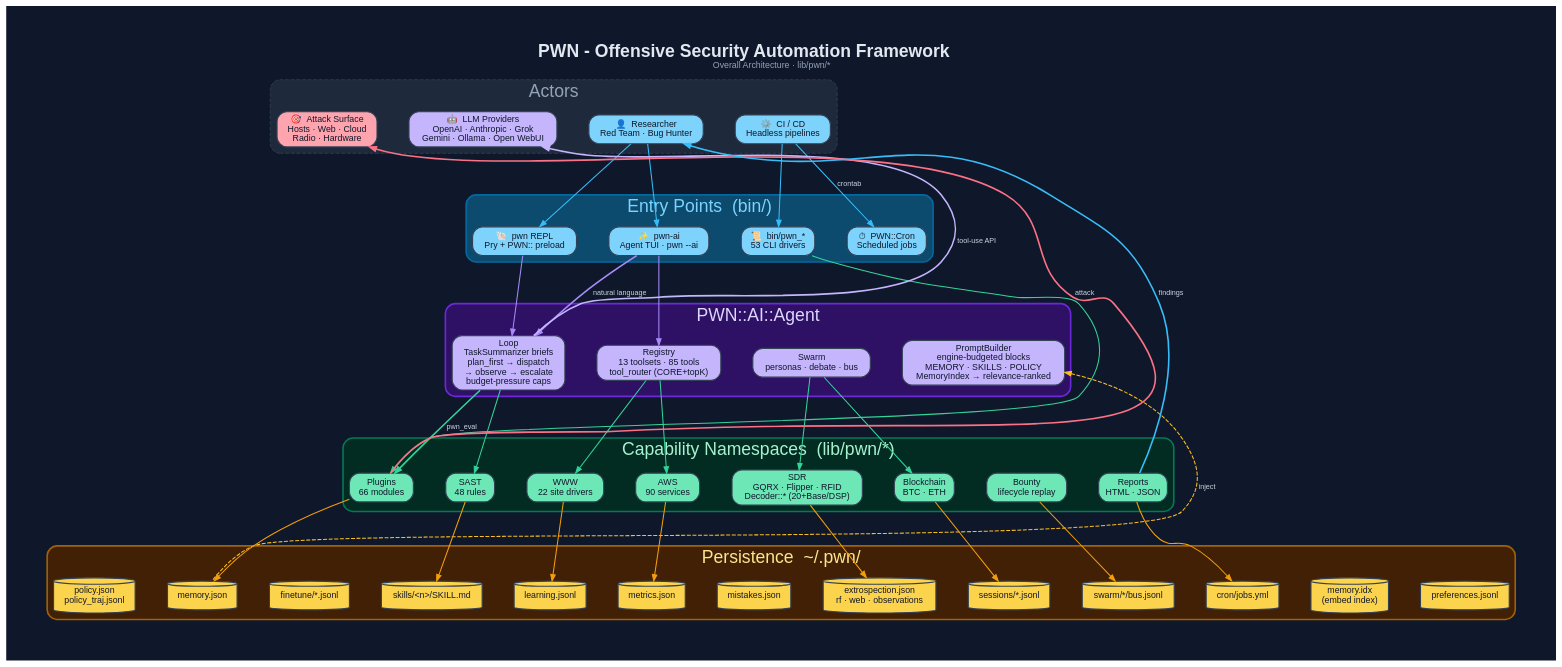
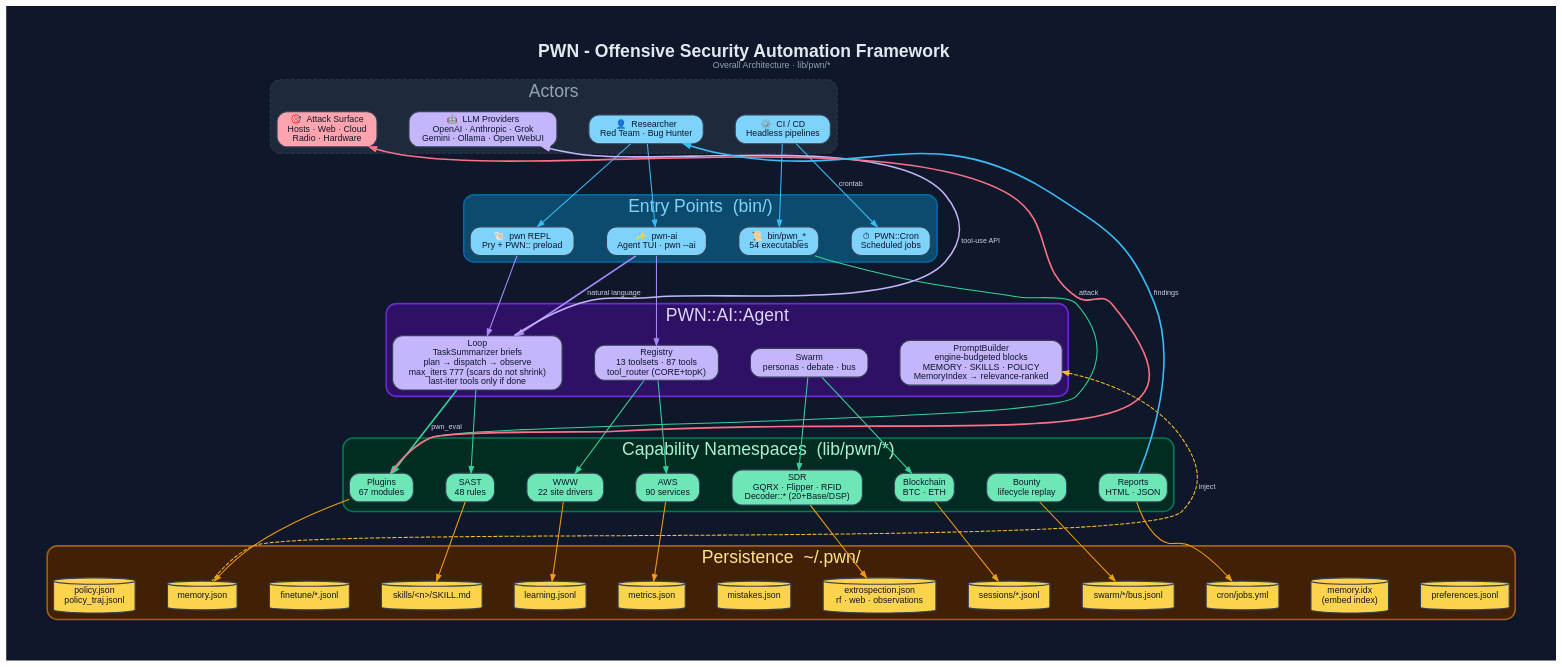
Before and after one commit to 0dayInc/pwn: the diagram in documentation/diagrams/dot/overall-pwn-architecture.dot, drawn with Graphviz. The commit also changed 52 other files, not shown here.

Commit message:
PWN::AI::Agent::Registry module - implement tool priority order preferences (including broader list of tools), `spin.stop` object #bugfix in `pwn-ai`, and documentation updates

```diff
--- a/documentation/diagrams/dot/overall-pwn-architecture.dot
+++ b/documentation/diagrams/dot/overall-pwn-architecture.dot
@@ -1,122 +1,122 @@
 digraph "PWN_Overall_Architecture" {
   graph [
     label=<<B>PWN - Offensive Security Automation Framework</B><BR/><FONT POINT-SIZE="11" COLOR="#94a3b8">Overall Architecture · lib/pwn/*</FONT>>,
     labelloc=t, fontsize=22, fontname="Helvetica",
     rankdir=TB, splines=spline, nodesep=0.55, ranksep=1.15,
     bgcolor="#0f172a", fontcolor="#e2e8f0", pad=0.6, compound=true, newrank=true
   ];
   node [fontname="Helvetica", fontsize=11, style="filled,rounded",
         shape=box, penwidth=1.4, color="#334155", fontcolor="#0f172a"];
   edge [fontname="Helvetica", fontsize=9, color="#94a3b8",
         fontcolor="#cbd5e1", penwidth=1.3, arrowsize=0.8];
 
   /* ───────── L0 · ACTORS ───────── */
   subgraph cluster_actors {
     label="Actors"; fontcolor="#94a3b8"; style="rounded,dashed";
     color="#334155"; bgcolor="#1e293b";
     User   [label="👤  Researcher\nRed Team · Bug Hunter", fillcolor="#7dd3fc"];
     CI     [label="⚙️  CI / CD\nHeadless pipelines",       fillcolor="#7dd3fc"];
     LLM    [label="🤖  LLM Providers\nOpenAI · Anthropic · Grok\nGemini · Ollama · Open WebUI", fillcolor="#c4b5fd"];
     Target [label="🎯  Attack Surface\nHosts · Web · Cloud\nRadio · Hardware", fillcolor="#fda4af"];
   }
   {rank=same; User; CI; LLM; Target}
 
   /* ───────── L1 · ENTRY POINTS ───────── */
   subgraph cluster_entry {
     label="Entry Points  (bin/)"; fontcolor="#7dd3fc";
     style=rounded; color="#0369a1"; bgcolor="#0c4a6e"; penwidth=2;
     REPL  [label="🐚  pwn REPL\nPry + PWN:: preload",       fillcolor="#7dd3fc"];
     PwnAI [label="✨  pwn-ai\nAgent TUI · pwn --ai",         fillcolor="#7dd3fc"];
-    CLI   [label="📜  bin/pwn_*\n53 CLI drivers",            fillcolor="#7dd3fc"];
+    CLI   [label="📜  bin/pwn_*\n54 executables",            fillcolor="#7dd3fc"];
     Cronb [label="⏱  PWN::Cron\nScheduled jobs",            fillcolor="#7dd3fc"];
   }
   {rank=same; REPL; PwnAI; CLI; Cronb}
 
   /* ───────── L2 · AI AGENT CORE ───────── */
   subgraph cluster_agent {
     label="PWN::AI::Agent"; fontcolor="#ddd6fe";
     style=rounded; color="#6d28d9"; bgcolor="#2e1065"; penwidth=2;
-    Loop     [label="Loop\nTaskSummarizer briefs\nplan_first → dispatch\n→ observe → escalate\nbudget-pressure caps",      fillcolor="#c4b5fd"];
-    Registry [label="Registry\n13 toolsets · 85 tools\ntool_router (CORE+topK)",    fillcolor="#c4b5fd"];
+    Loop     [label="Loop\nTaskSummarizer briefs\nplan → dispatch → observe\nmax_iters 777 (scars do not shrink)\nlast-iter tools only if done",      fillcolor="#c4b5fd"];
+    Registry [label="Registry\n13 toolsets · 87 tools\ntool_router (CORE+topK)",    fillcolor="#c4b5fd"];
     Swarm    [label="Swarm\npersonas · debate · bus",        fillcolor="#c4b5fd"];
     Prompt   [label="PromptBuilder\nengine-budgeted blocks\nMEMORY · SKILLS · POLICY\nMemoryIndex → relevance-ranked",fillcolor="#c4b5fd"];
   }
   {rank=same; Loop; Registry; Swarm; Prompt}
 
   /* ───────── L3 · CAPABILITY NAMESPACES ───────── */
   subgraph cluster_caps {
     label="Capability Namespaces  (lib/pwn/*)"; fontcolor="#a7f3d0";
     style=rounded; color="#047857"; bgcolor="#022c22"; penwidth=2;
-    Plugins [label="Plugins\n66 modules",     fillcolor="#6ee7b7"];
+    Plugins [label="Plugins\n67 modules",     fillcolor="#6ee7b7"];
     SAST    [label="SAST\n48 rules",          fillcolor="#6ee7b7"];
     WWW     [label="WWW\n22 site drivers",    fillcolor="#6ee7b7"];
     AWS     [label="AWS\n90 services",        fillcolor="#6ee7b7"];
     SDR     [label="SDR\nGQRX · Flipper · RFID\nDecoder::* (20+Base/DSP)", fillcolor="#6ee7b7"];
     Chain   [label="Blockchain\nBTC · ETH",   fillcolor="#6ee7b7"];
     Bounty  [label="Bounty\nlifecycle replay", fillcolor="#6ee7b7"];
     Reports [label="Reports\nHTML · JSON",    fillcolor="#6ee7b7"];
   }
   {rank=same; Plugins; SAST; WWW; AWS; SDR; Chain; Bounty; Reports}
 
   /* ───────── L4 · PERSISTENCE (~/.pwn) ───────── */
   subgraph cluster_persist {
     label="Persistence  ~/.pwn/"; fontcolor="#fde68a";
     style=rounded; color="#a16207"; bgcolor="#422006"; penwidth=2;
     Memory   [label="memory.json",       shape=cylinder, fillcolor="#fcd34d"];
     MemIdx   [label="memory.idx\n(embed index)", shape=cylinder, fillcolor="#fcd34d"];
     Skills   [label="skills/<n>/SKILL.md",        shape=cylinder, fillcolor="#fcd34d"];
     Learn    [label="learning.jsonl",     shape=cylinder, fillcolor="#fcd34d"];
     Metrics  [label="metrics.json",       shape=cylinder, fillcolor="#fcd34d"];
     MistF    [label="mistakes.json",      shape=cylinder, fillcolor="#fcd34d"];
     Extro    [label="extrospection.json\nrf · web · observations", shape=cylinder, fillcolor="#fcd34d"];
     Sessions [label="sessions/*.jsonl",   shape=cylinder, fillcolor="#fcd34d"];
     SwarmB   [label="swarm/*/bus.jsonl",  shape=cylinder, fillcolor="#fcd34d"];
     CronF    [label="cron/jobs.yml",      shape=cylinder, fillcolor="#fcd34d"];
     Finetune [label="finetune/*.jsonl", shape=cylinder, fillcolor="#fcd34d"];
     Prefs    [label="preferences.jsonl", shape=cylinder, fillcolor="#fcd34d"];
     PolicyF  [label="policy.json\npolicy_traj.jsonl", shape=cylinder, fillcolor="#fcd34d"];
   }
   {rank=same; Memory; MemIdx; Skills; Learn; Metrics; MistF; Extro; Sessions; SwarmB; CronF; Finetune; Prefs; PolicyF}
 
   /* ── L0 → L1 ── */
   User -> REPL   [color="#38bdf8"];
   User -> PwnAI  [color="#38bdf8"];
   CI   -> CLI    [color="#38bdf8"];
   CI   -> Cronb  [label="crontab", color="#38bdf8"];
 
   /* ── L1 → L2 ── */
   REPL  -> Loop     [color="#a78bfa"];
   PwnAI -> Loop     [label="natural language", color="#a78bfa", penwidth=2];
   PwnAI -> Registry [color="#a78bfa"];
   CLI   -> Swarm    [style=invis];
   Cronb -> Prompt   [style=invis];
 
   /* ── L2 → L3 ── */
   Loop     -> Plugins [label="pwn_eval", color="#34d399", penwidth=2];
   Loop     -> SAST    [color="#34d399"];
   Registry -> WWW     [color="#34d399"];
   Registry -> AWS     [color="#34d399"];
   Swarm    -> SDR     [color="#34d399"];
   Swarm    -> Chain   [color="#34d399"];
   Prompt   -> Bounty  [style=invis];
   Prompt   -> Reports [style=invis];
   CLI      -> Plugins [color="#34d399", constraint=false];
 
   /* ── L3 → L4 ── */
   Plugins -> Memory   [color="#f59e0b"];
   SAST    -> Skills   [color="#f59e0b"];
   WWW     -> Learn    [color="#f59e0b"];
   AWS     -> Metrics  [color="#f59e0b"];
   SDR     -> MistF    [style=invis];
   SDR     -> Extro    [color="#f59e0b"];
   Chain   -> Sessions [color="#f59e0b"];
   Bounty  -> SwarmB   [color="#f59e0b"];
   Reports -> CronF    [color="#f59e0b"];
   Reports -> Prefs    [style=invis];
 
   /* ── side flows (few, non-constraining) ── */
   Loop    -> LLM    [label="tool-use API", color="#c4b5fd", constraint=false, penwidth=2];
   Plugins -> Target [label="attack",       color="#fb7185", constraint=false, penwidth=2];
   Prompt  -> Memory [label="inject", dir=back, color="#fbbf24", constraint=false, style=dashed];
   Reports -> User   [label="findings", color="#38bdf8", constraint=false, penwidth=2];
 }
```
